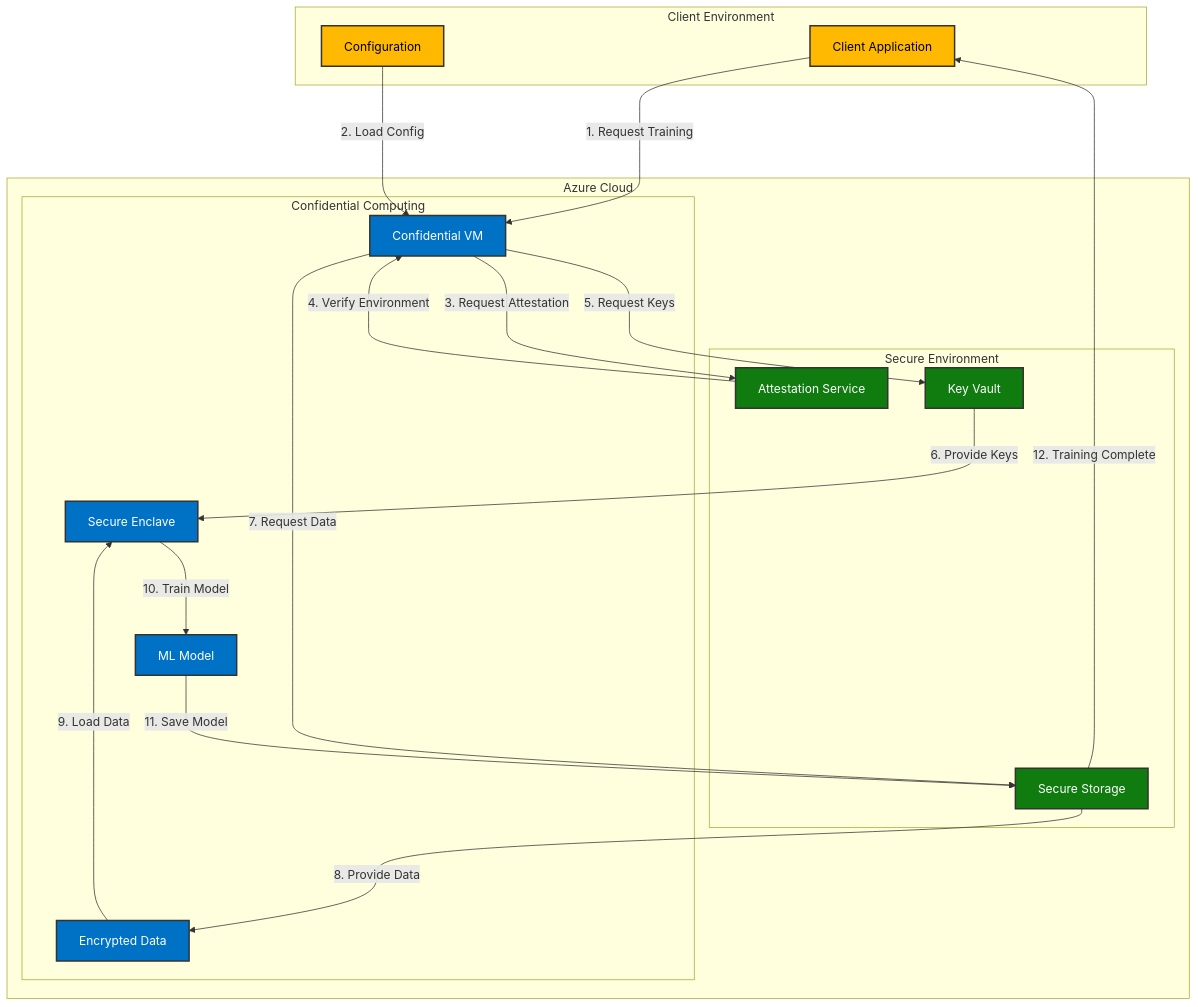
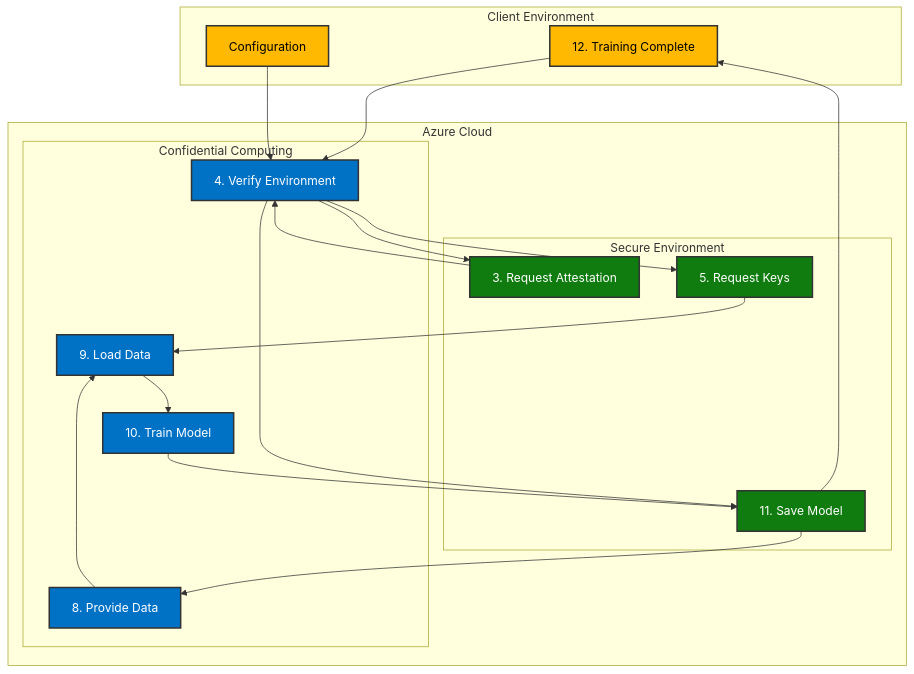
One commit to gitmujoshi/confidentialcomputingplatform changed the diagram in docs/LogicalArchitecture.md. Above: the diagram before and after it, drawn with Mermaid.

Commit message:
updated diagrams

````diff
--- a/docs/LogicalArchitecture.md
+++ b/docs/LogicalArchitecture.md
@@ -9,43 +9,43 @@
 ```mermaid
 flowchart TB
     subgraph ClientEnvironment["Client Environment"]
         Client[Client Application]
         Config[Configuration]
     end
 
     subgraph AzureCloud["Azure Cloud"]
         subgraph SecureEnvironment["Secure Environment"]
             Attest[Attestation Service]
             KeyVault[Key Vault]
             Storage[Secure Storage]
         end
 
         subgraph ConfidentialComputing["Confidential Computing"]
             VM[Confidential VM]
             Enclave[Secure Enclave]
             Model[ML Model]
             Data[Encrypted Data]
         end
     end
 
-    Client --->|1. Request Training| VM
-    Config --->|2. Load Config| VM
-    VM --->|3. Request Attestation| Attest
-    Attest --->|4. Verify Environment| VM
-    VM --->|5. Request Keys| KeyVault
-    KeyVault --->|6. Provide Keys| Enclave
-    VM --->|7. Request Data| Storage
-    Storage --->|8. Provide Data| Data
-    Data --->|9. Load Data| Enclave
-    Enclave --->|10. Train Model| Model
-    Model --->|11. Save Model| Storage
-    Storage --->|12. Training Complete| Client
+    Client --> VM["1. Request Training"]
+    Config --> VM["2. Load Config"]
+    VM --> Attest["3. Request Attestation"]
+    Attest --> VM["4. Verify Environment"]
+    VM --> KeyVault["5. Request Keys"]
+    KeyVault --> Enclave["6. Provide Keys"]
+    VM --> Storage["7. Request Data"]
+    Storage --> Data["8. Provide Data"]
+    Data --> Enclave["9. Load Data"]
+    Enclave --> Model["10. Train Model"]
+    Model --> Storage["11. Save Model"]
+    Storage --> Client["12. Training Complete"]
 
     classDef azure fill:#0072C6,stroke:#333,stroke-width:2px,color:white
     classDef secure fill:#107C10,stroke:#333,stroke-width:2px,color:white
     classDef client fill:#FFB900,stroke:#333,stroke-width:2px,color:black
 
     class Client,Config client
     class Attest,KeyVault,Storage secure
     class VM,Enclave,Model,Data azure
 ```
````
